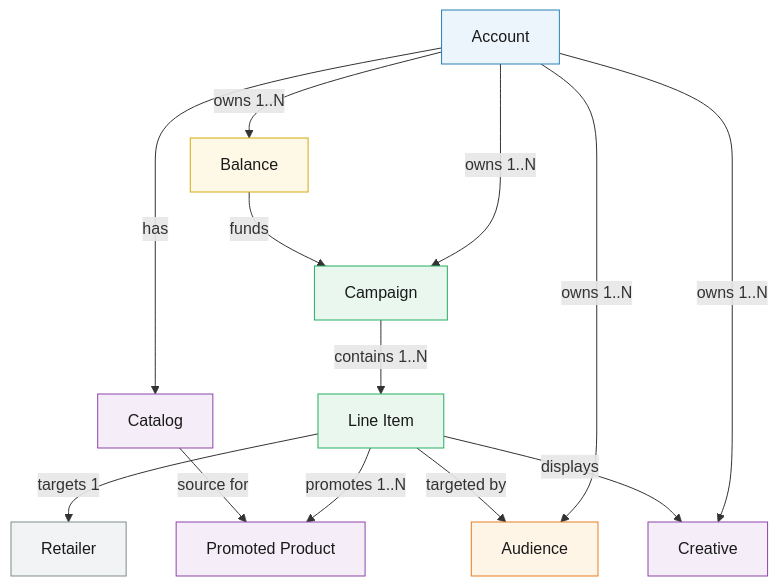
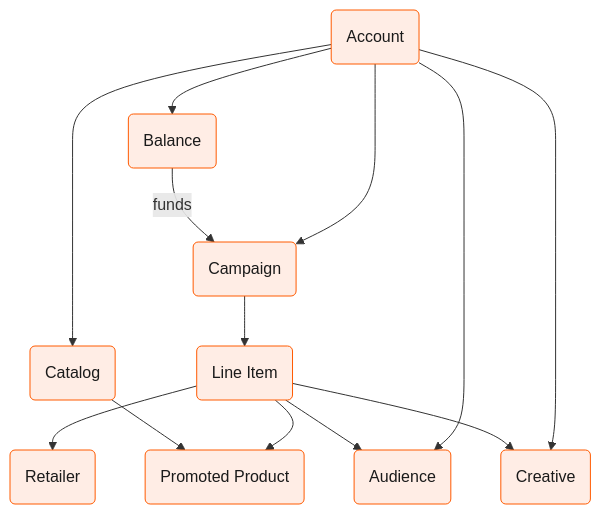
Before and after one commit to criteo/public-api-doc: the diagram in retail-media/docs/conceptual-map.mdx, drawn with Mermaid.

Commit message:
Simplify conceptual map diagram: uniform Criteo orange, rounded nodes

````diff
--- a/retail-media/docs/conceptual-map.mdx
+++ b/retail-media/docs/conceptual-map.mdx
@@ -8,29 +8,27 @@
 ```mermaid
 graph TD
-    Account -->|"owns 1..N"| Campaign
-    Account -->|"owns 1..N"| Balance
-    Account -->|"has"| Catalog
-    Account -->|"owns 1..N"| Audience
-    Account -->|"owns 1..N"| Creative
+    Account(Account)
+    Campaign(Campaign)
+    Balance(Balance)
+    Catalog(Catalog)
+    Audience(Audience)
+    Creative(Creative)
+    LI(Line Item)
+    PP(Promoted Product)
+    Retailer(Retailer)
+
+    Account --> Campaign
+    Account --> Balance
+    Account --> Catalog
+    Account --> Audience
+    Account --> Creative
     Balance -->|"funds"| Campaign
-    Campaign -->|"contains 1..N"| LI["Line Item"]
-    LI -->|"targets 1"| Retailer
-    LI -->|"promotes 1..N"| PP["Promoted Product"]
-    LI -->|"targeted by"| Audience
-    LI -->|"displays"| Creative
-    Catalog -->|"source for"| PP
+    Campaign --> LI
+    LI --> Retailer
+    LI --> PP
+    LI --> Audience
+    LI --> Creative
+    Catalog --> PP
 
-    classDef account fill:#EBF5FB,stroke:#2980B9,color:#1a1a1a
-    classDef campaign fill:#E9F7EF,stroke:#27AE60,color:#1a1a1a
-    classDef billing fill:#FEF9E7,stroke:#D4AC0D,color:#1a1a1a
-    classDef content fill:#F5EEF8,stroke:#8E44AD,color:#1a1a1a
-    classDef targeting fill:#FEF5E7,stroke:#E67E22,color:#1a1a1a
-    classDef external fill:#F2F3F4,stroke:#7F8C8D,color:#1a1a1a
-
-    class Account account
-    class Campaign,LI campaign
-    class Balance billing
-    class Catalog,PP,Creative content
-    class Audience targeting
-    class Retailer external
+    classDef default fill:#FFEDE5,stroke:#FF5A00,color:#1a1a1a
 ```
````
